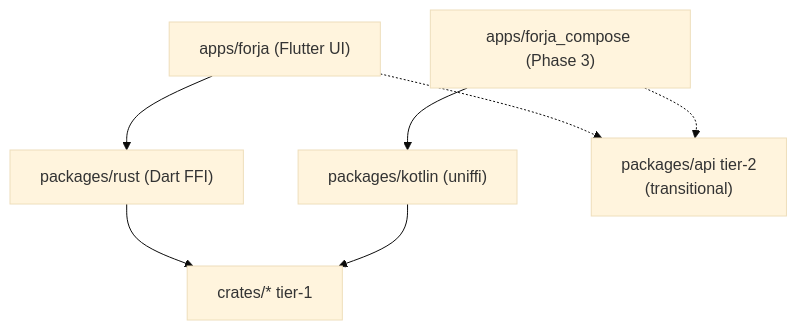
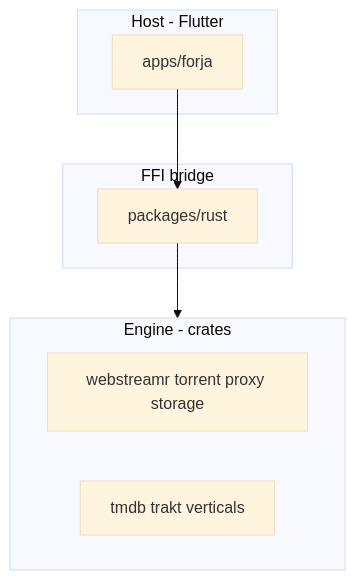
Before and after one commit to mGhassen/Forja: the diagram in docs/migration/README.md, drawn with Mermaid (base theme). The commit also changed other lines of this file and 16 other files, not shown here.

Commit message:
refactor: Update Rust migration documentation to clarify engine and host roles, refine package deletion phases, and enhance guidelines for FFI integration and testing requirements; introduce wave-based migration structure for improved clarity

````diff
--- a/docs/migration/README.md
+++ b/docs/migration/README.md
@@ -85,14 +77,14 @@
 ```mermaid
 flowchart TB
-  Flutter["apps/forja (Flutter UI)"]
-  Compose["apps/forja_compose (Phase 3)"]
-  RustFFI["packages/rust (Dart FFI)"]
-  KotlinFFI["packages/kotlin (uniffi)"]
-  ApiTier2["packages/api tier-2\n(transitional)"]
-  Engine["crates/* tier-1"]
-
-  Flutter --> RustFFI --> Engine
-  Flutter -.-> ApiTier2
-  Compose --> KotlinFFI --> Engine
-  Compose -.-> ApiTier2
+  subgraph host [Host - Flutter]
+    Flutter["apps/forja"]
+  end
+  subgraph bridge [FFI bridge]
+    RustFFI["packages/rust"]
+  end
+  subgraph engine [Engine - crates]
+    Playback["webstreamr torrent proxy storage"]
+    Catalog["tmdb trakt verticals"]
+  end
+  Flutter --> RustFFI --> engine
 ```
````
